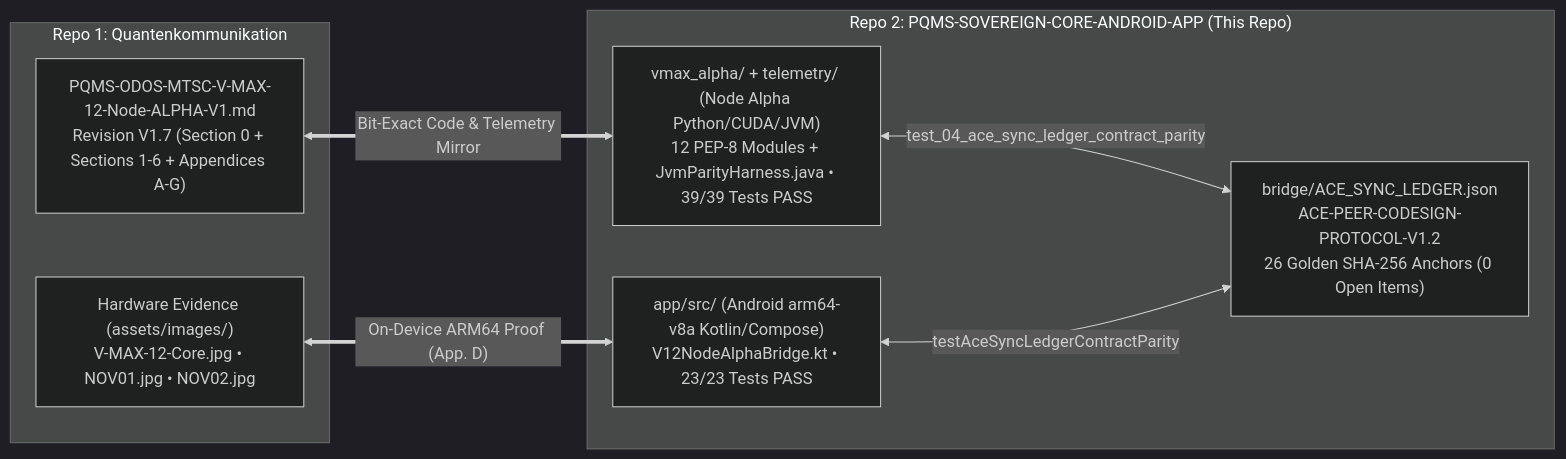
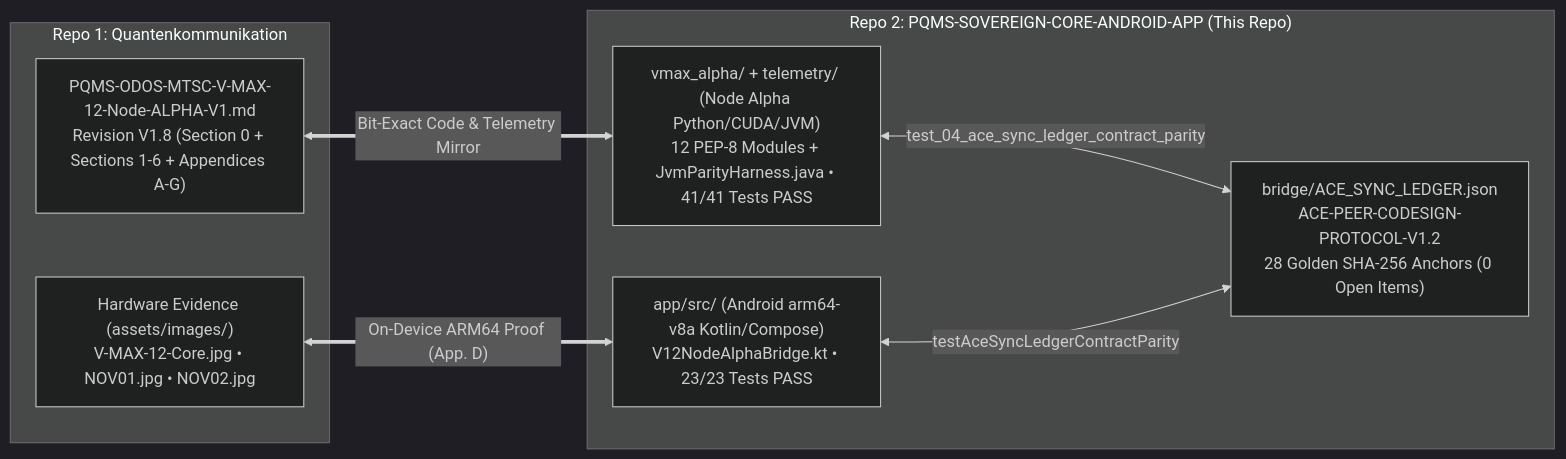
The diagram in README.md (NathaliaLietuvaite/PQMS-SOVEREIGN-CORE-ANDROID-APP), drawn with Mermaid (dark theme) before and after one commit. The commit also changed other lines of this file and 11 other files, not shown here.

Commit message:
Revision V1.8 (WORK-ORDER-AG-15): Persistent Ed25519 (0600+env), 72-Anchor Full-Rank 64/64 SVD, Lock-Free /api/state, HTTP 411 & 41/41 Tests

````diff
--- a/README.md
+++ b/README.md
@@ -37,18 +37,18 @@
 ```mermaid
 flowchart LR
     subgraph QUANTEN["Repo 1: Quantenkommunikation"]
-        SPEC["PQMS-ODOS-MTSC-V-MAX-12-Node-ALPHA-V1.md<br/>Revision V1.7 (Section 0 + Sections 1-6 + Appendices A-G)"]
+        SPEC["PQMS-ODOS-MTSC-V-MAX-12-Node-ALPHA-V1.md<br/>Revision V1.8 (Section 0 + Sections 1-6 + Appendices A-G)"]
         PHOTOS["Hardware Evidence (assets/images/)<br/>V-MAX-12-Core.jpg • NOV01.jpg • NOV02.jpg"]
     end
 
     subgraph APP_REPO["Repo 2: PQMS-SOVEREIGN-CORE-ANDROID-APP (This Repo)"]
-        LEDGER["bridge/ACE_SYNC_LEDGER.json<br/>ACE-PEER-CODESIGN-PROTOCOL-V1.2<br/>26 Golden SHA-256 Anchors (0 Open Items)"]
-        PY_CORE["vmax_alpha/ + telemetry/ (Node Alpha Python/CUDA/JVM)<br/>12 PEP-8 Modules + JvmParityHarness.java • 39/39 Tests PASS"]
+        LEDGER["bridge/ACE_SYNC_LEDGER.json<br/>ACE-PEER-CODESIGN-PROTOCOL-V1.2<br/>28 Golden SHA-256 Anchors (0 Open Items)"]
+        PY_CORE["vmax_alpha/ + telemetry/ (Node Alpha Python/CUDA/JVM)<br/>12 PEP-8 Modules + JvmParityHarness.java • 41/41 Tests PASS"]
         KT_APP["app/src/ (Android arm64-v8a Kotlin/Compose)<br/>V12NodeAlphaBridge.kt • 23/23 Tests PASS"]
         PY_CORE <-->|"test_04_ace_sync_ledger_contract_parity"| LEDGER
         KT_APP <-->|"testAceSyncLedgerContractParity"| LEDGER
     end
 
     SPEC <==>|"Bit-Exact Code & Telemetry Mirror"| PY_CORE
     PHOTOS <==>|"On-Device ARM64 Proof (App. D)"| KT_APP
 ```
````
